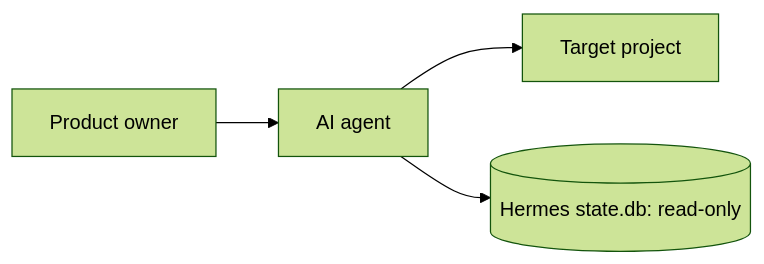
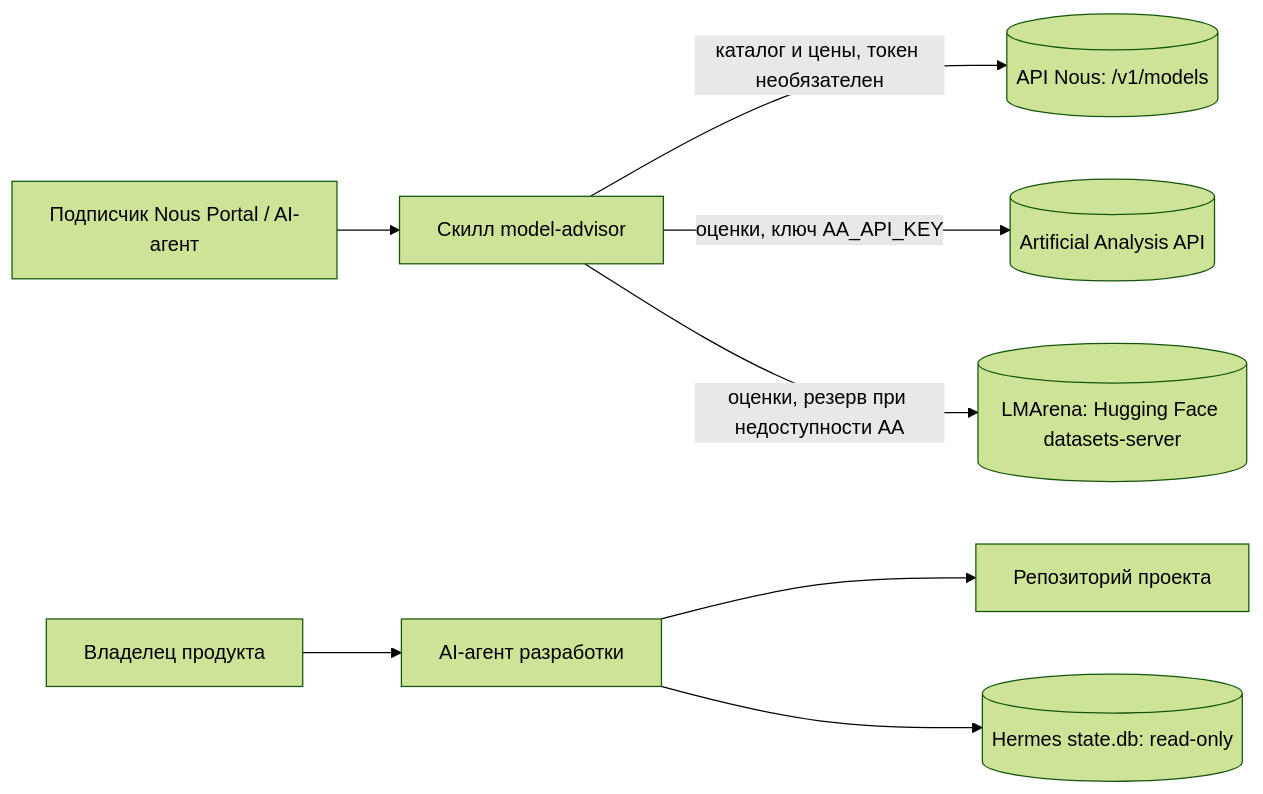
One commit to thetamorphose/hermes-model-advisor changed the diagram in docs/architecture/context.md. Above: the diagram before and after it, drawn with Mermaid (forest theme). The commit also changed other lines of this file and 7 other files, not shown here.

````diff
--- a/docs/architecture/context.md
+++ b/docs/architecture/context.md
@@ -3,6 +5,10 @@
 ```mermaid
 graph LR
-    Owner[Product owner] --> Agent[AI agent]
-    Agent --> Project[Target project]
+    User[Подписчик Nous Portal / AI-агент] --> Skill[Скилл model-advisor]
+    Skill -->|каталог и цены, токен необязателен| Nous[(API Nous: /v1/models)]
+    Skill -->|оценки, ключ AA_API_KEY| AA[(Artificial Analysis API)]
+    Skill -->|оценки, резерв при недоступности AA| Arena[(LMArena: Hugging Face datasets-server)]
+    Owner[Владелец продукта] --> Agent[AI-агент разработки]
+    Agent --> Repo[Репозиторий проекта]
     Agent --> Hermes[(Hermes state.db: read-only)]
 ```
````
